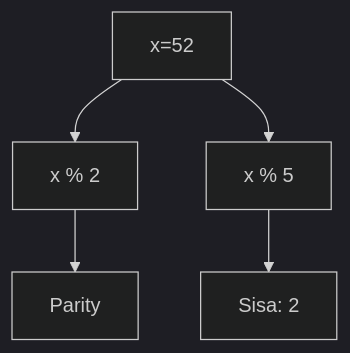
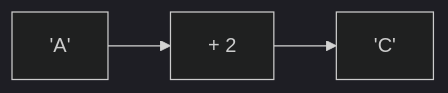
One commit to amnahwaida/OSNK_INF_PREP changed diagram 20 of 25 in part-c-pemahaman-cpp/04-fungsi/latihan/set-10.md. Above: the diagram before and after it, drawn with Mermaid (dark theme). The commit also changed other lines of this file and 71 other files, not shown here.

Commit message:
Fixed Mermaid syntax lexical errors with quoted labels in 1,800 questions

````diff
--- a/part-c-pemahaman-cpp/04-fungsi/latihan/set-10.md
+++ b/part-c-pemahaman-cpp/04-fungsi/latihan/set-10.md
@@ -596,7 +620,5 @@
 ```mermaid
-graph TD
-A[x=52] --> B[x % 2]
-B --> C[Parity]
-A --> D[x % 5]
-D --> E[Sisa: 2]
+graph LR
+A["'A'"] --> B["+ 2"]
+B --> C["'C'"]
 ```
````
